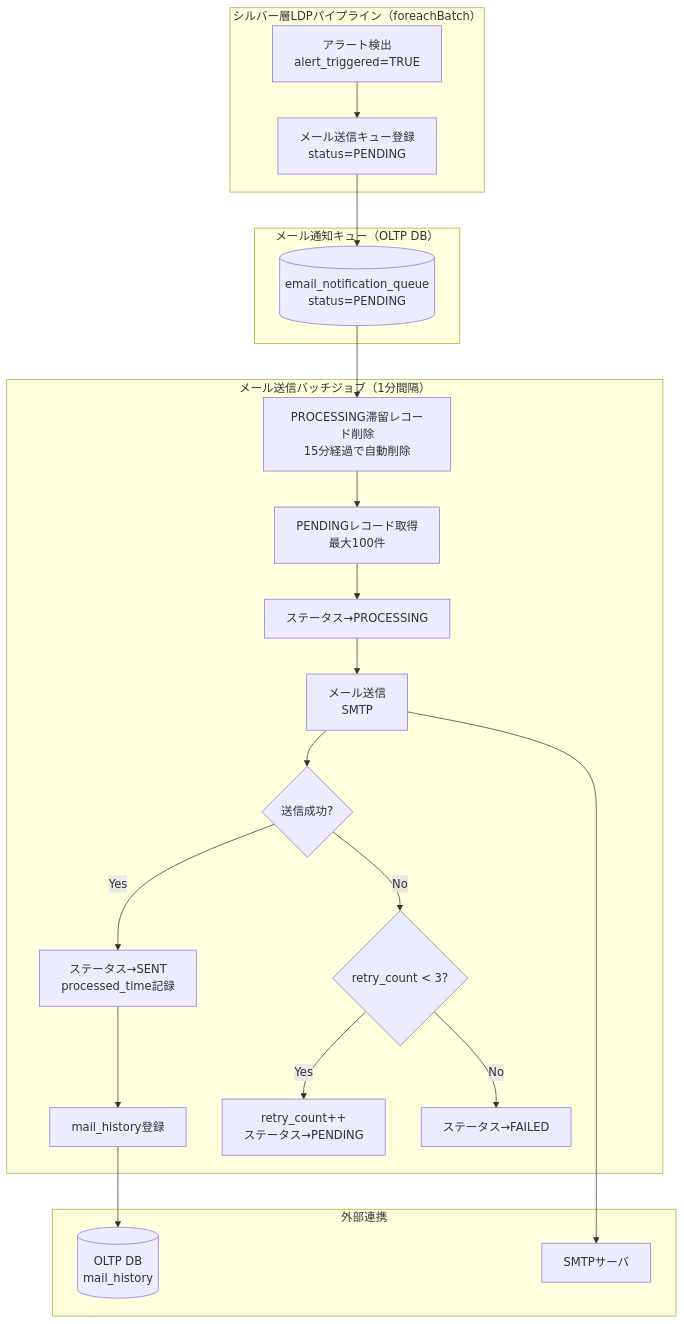
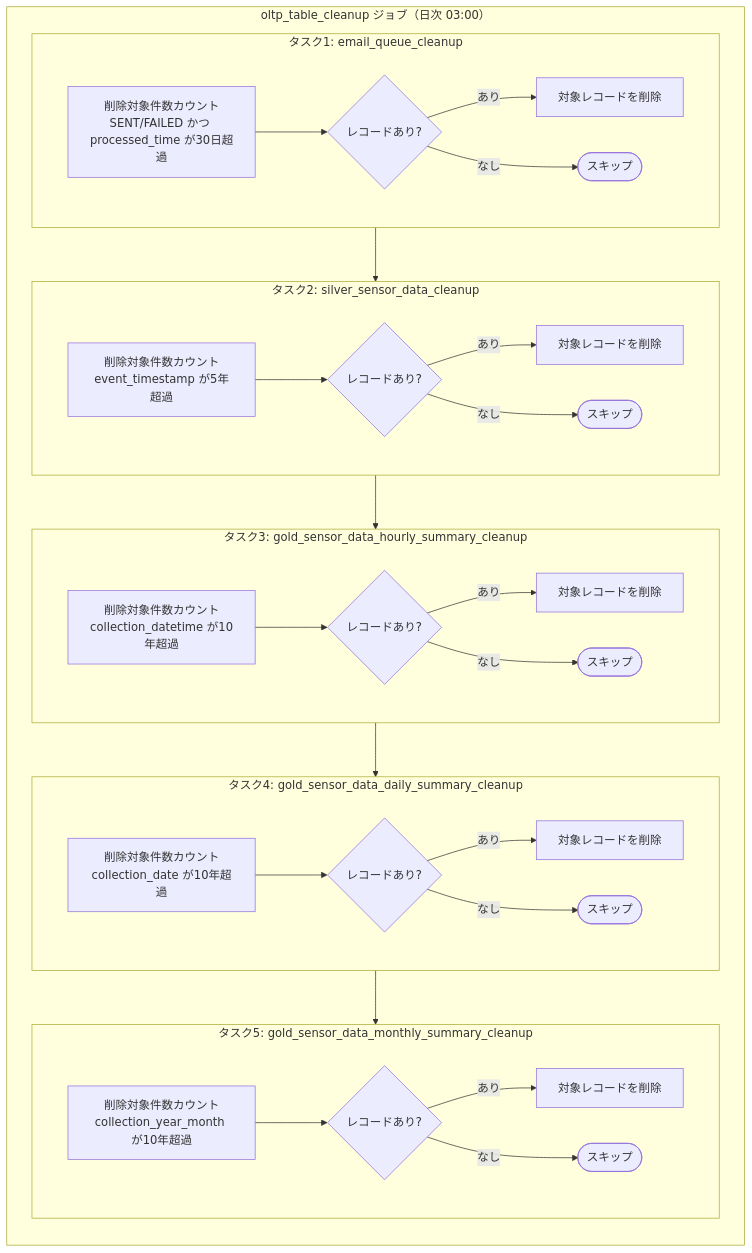
One commit to NSW-SVCP-AIWG002/Databricks-IoT changed the diagram in docs/03-features/batch/oltp-cleanup/README.md. Above: the diagram before and after it, drawn with Mermaid. The commit also changed other lines of this file and 3 other files, not shown here.

````diff
--- a/docs/03-features/batch/oltp-cleanup/README.md
+++ b/docs/03-features/batch/oltp-cleanup/README.md
@@ -96,45 +67,53 @@
 ```mermaid
 flowchart TB
-    subgraph Silver["シルバー層LDPパイプライン（foreachBatch）"]
-        AlertDetect[アラート検出<br>alert_triggered=TRUE]
-        QueueInsert[メール送信キュー登録<br>status=PENDING]
-        AlertDetect --> QueueInsert
+    subgraph Job["oltp_table_cleanup ジョブ（日次 03:00）"]
+        direction TB
+
+        subgraph T1["タスク1: email_queue_cleanup"]
+            Count1[削除対象件数カウント<br>SENT/FAILED かつ processed_time が30日超過]
+            Check1{レコードあり?}
+            Delete1[対象レコードを削除]
+            Count1 --> Check1
+            Check1 -->|あり| Delete1
+            Check1 -->|なし| Skip1([スキップ])
+        end
+
+        subgraph T2["タスク2: silver_sensor_data_cleanup"]
+            Count2[削除対象件数カウント<br>event_timestamp が5年超過]
+            Check2{レコードあり?}
+            Delete2[対象レコードを削除]
+            Count2 --> Check2
+            Check2 -->|あり| Delete2
+            Check2 -->|なし| Skip2([スキップ])
+        end
+
+        subgraph T3["タスク3: gold_sensor_data_hourly_summary_cleanup"]
+            Count3[削除対象件数カウント<br>collection_datetime が10年超過]
+            Check3{レコードあり?}
+            Delete3[対象レコードを削除]
+            Count3 --> Check3
+            Check3 -->|あり| Delete3
+            Check3 -->|なし| Skip3([スキップ])
+        end
+
+        subgraph T4["タスク4: gold_sensor_data_daily_summary_cleanup"]
+            Count4[削除対象件数カウント<br>collection_date が10年超過]
+            Check4{レコードあり?}
+            Delete4[対象レコードを削除]
+            Count4 --> Check4
+            Check4 -->|あり| Delete4
+            Check4 -->|なし| Skip4([スキップ])
+        end
+
+        subgraph T5["タスク5: gold_sensor_data_monthly_summary_cleanup"]
+            Count5[削除対象件数カウント<br>collection_year_month が10年超過]
+            Check5{レコードあり?}
+            Delete5[対象レコードを削除]
+            Count5 --> Check5
+            Check5 -->|あり| Delete5
+            Check5 -->|なし| Skip5([スキップ])
+        end
+
+        T1 --> T2 --> T3 --> T4 --> T5
     end
-
-    subgraph Queue["メール通知キュー（OLTP DB）"]
-        PendingRecord[(email_notification_queue<br>status=PENDING)]
-        QueueInsert --> PendingRecord
-    end
-
-    subgraph Batch["メール送信バッチジョブ（1分間隔）"]
-        Recovery[PROCESSING滞留レコード削除<br>15分経過で自動削除]
-        Fetch[PENDINGレコード取得<br>最大100件]
-        UpdateProcessing[ステータス→PROCESSING]
-        SendEmail[メール送信<br>SMTP]
-        Success{送信成功?}
-        UpdateSent[ステータス→SENT<br>processed_time記録]
-        CheckRetry{retry_count < 3?}
-        UpdatePending[retry_count++<br>ステータス→PENDING]
-        UpdateFailed[ステータス→FAILED]
-        RecordHistory[mail_history登録]
-
-        Recovery --> Fetch
-        Fetch --> UpdateProcessing
-        UpdateProcessing --> SendEmail
-        SendEmail --> Success
-        Success -->|Yes| UpdateSent
-        Success -->|No| CheckRetry
-        CheckRetry -->|Yes| UpdatePending
-        CheckRetry -->|No| UpdateFailed
-        UpdateSent --> RecordHistory
-    end
-
-    subgraph External["外部連携"]
-        SMTP[SMTPサーバ]
-        MailHistory[(OLTP DB<br>mail_history)]
-        SendEmail --> SMTP
-        RecordHistory --> MailHistory
-    end
-
-    PendingRecord --> Recovery
 ```
````
